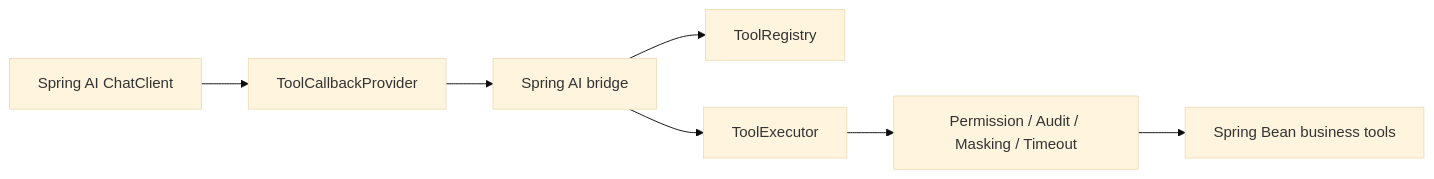
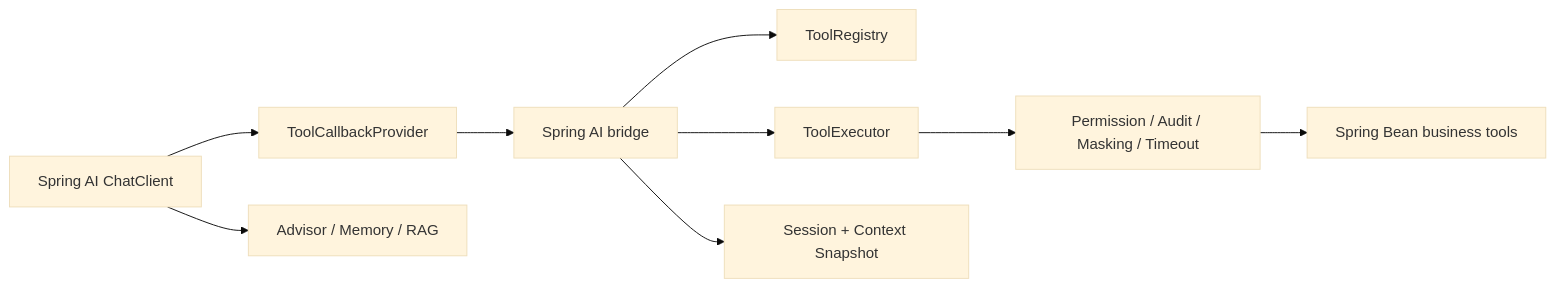
The diagram in docs/en/spring-ai-integration.md (HaddenHunter/spring-ai-tool-adapter-), drawn with Mermaid (base theme) before and after one commit. The commit also changed other lines of this file and 6 other files, not shown here.

Commit message:
Add Spring AI context and memory bridge

````diff
--- a/docs/en/spring-ai-integration.md
+++ b/docs/en/spring-ai-integration.md
@@ -70,9 +120,11 @@
 ```mermaid
 flowchart LR
     A["Spring AI ChatClient"] --> B["ToolCallbackProvider"]
+    A --> H["Advisor / Memory / RAG"]
     B --> C["Spring AI bridge"]
     C --> D["ToolRegistry"]
     C --> E["ToolExecutor"]
     E --> F["Permission / Audit / Masking / Timeout"]
     F --> G["Spring Bean business tools"]
+    C --> I["Session + Context Snapshot"]
 ```
````
